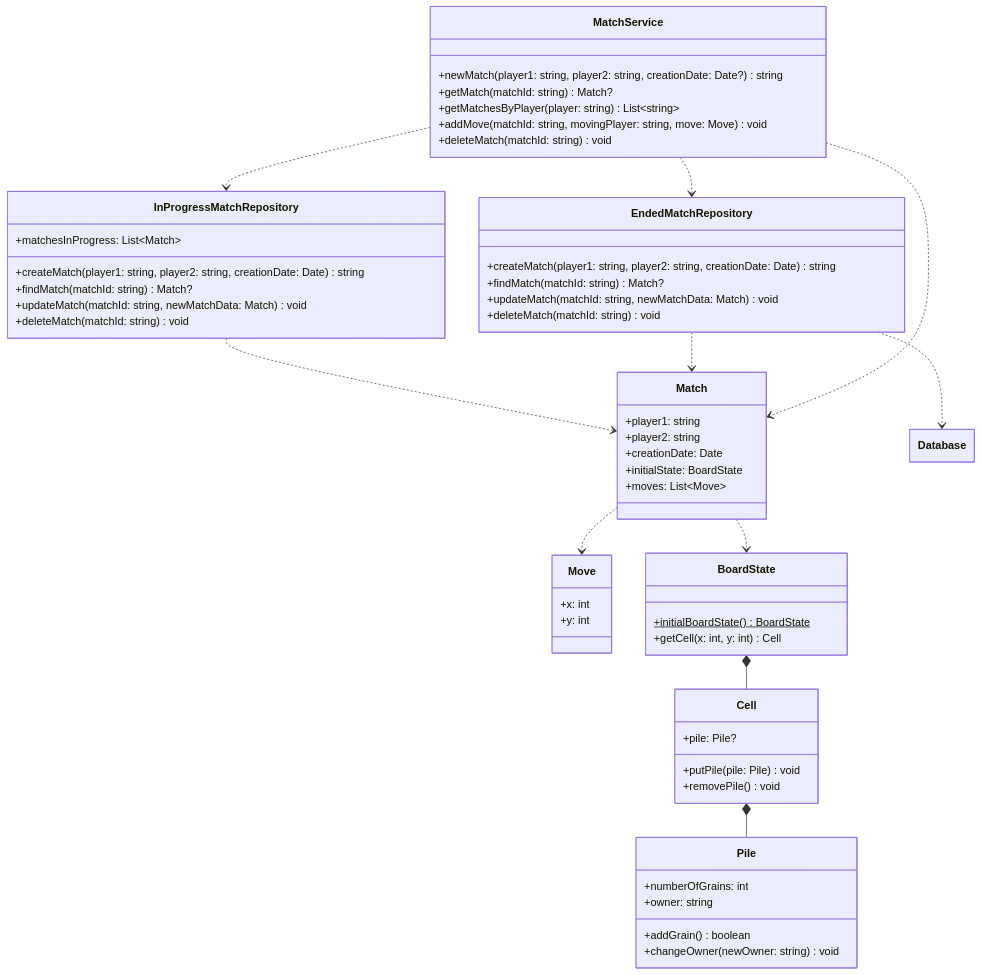
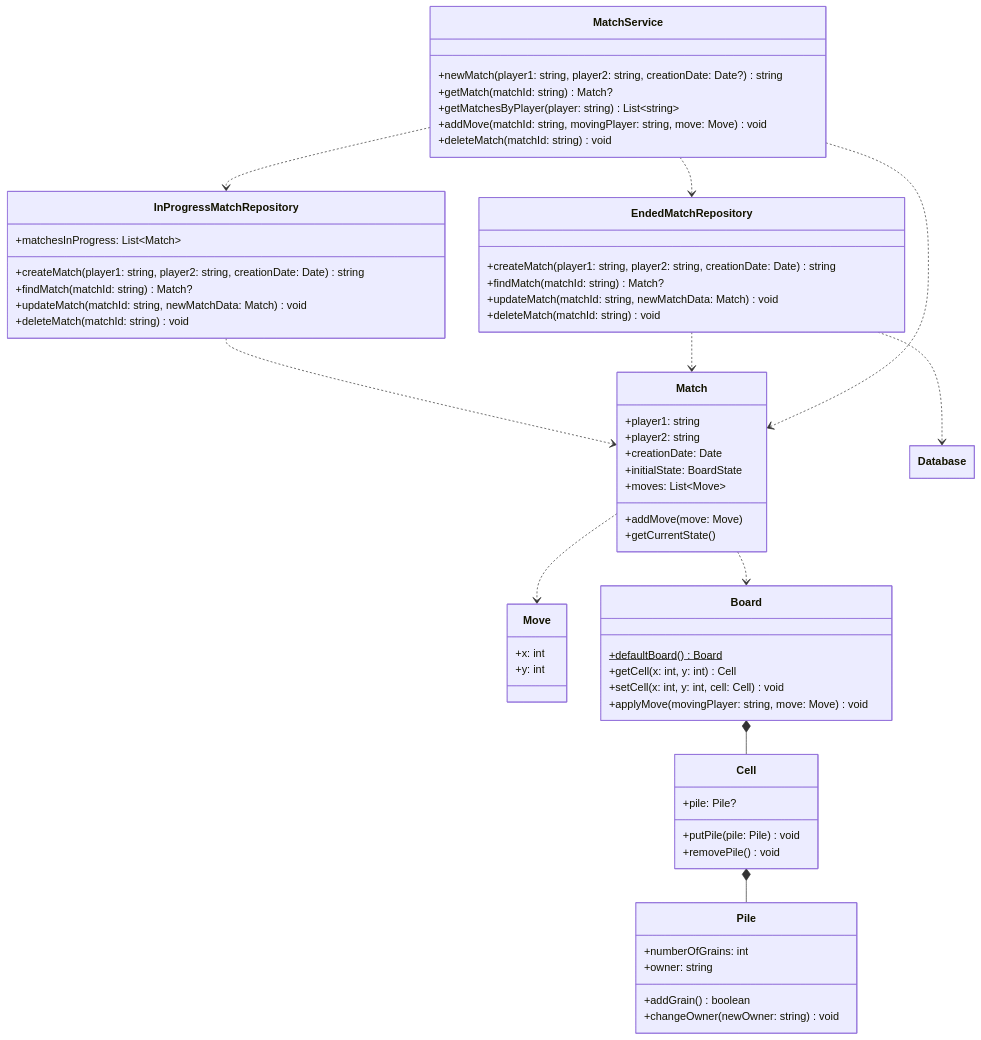
One commit to AndreaB2000/ASW-project changed the diagram in docs/uml/match.md. Above: the diagram before and after it, drawn with Mermaid.

Commit message:
docs(uml): update match UML

````diff
--- a/docs/uml/match.md
+++ b/docs/uml/match.md
@@ -19,6 +19,9 @@
         +creationDate: Date
         +initialState: BoardState
         +moves: List~Move~
+
+        +addMove(move: Move)
+        +getCurrentState()
     }
 
     class Database
@@ -77,12 +80,14 @@
     }
 
     %% A fixed-sized matrix of cells
-    class BoardState {
+    class Board {
 
         %% The default board state
-        +initialBoardState() BoardState$
+        +defaultBoard() Board$
 
         +getCell(x: int, y: int) Cell
+        +setCell(x: int, y: int, cell: Cell) void
+        +applyMove(movingPlayer: string, move: Move) void
     }
 
     %% Board cell which can contain a pile
@@ -108,7 +113,7 @@
     EndedMatchRepository ..> Match
     MatchService ..> Match
     Match ..> Move
-    Match ..> BoardState
-    BoardState *-- Cell
+    Match ..> Board
+    Board *-- Cell
     Cell *-- Pile
 ```
````
